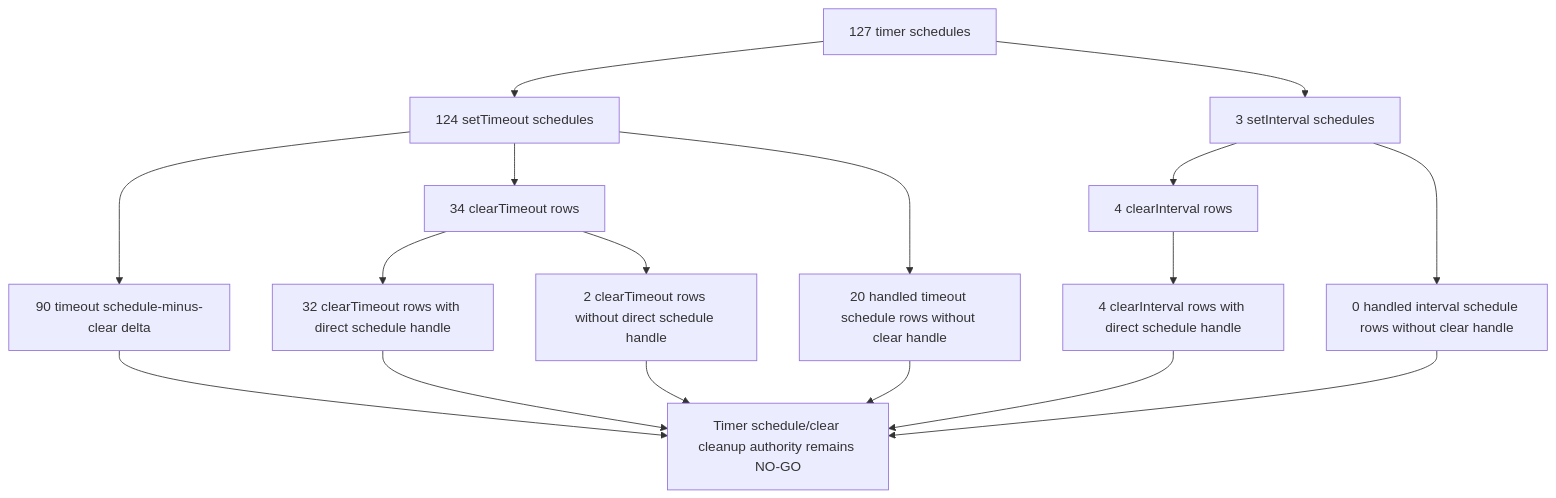
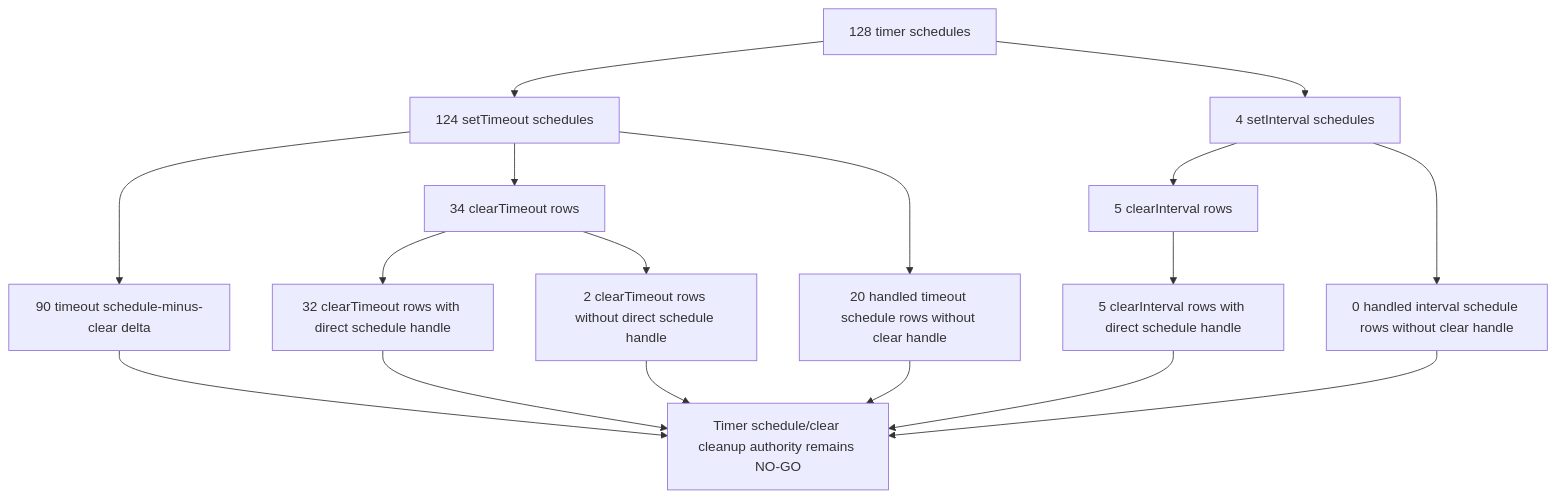
One commit to varshneydevansh/FilterTube changed diagram 19 of 47 in docs/audit/FILTERTUBE_LIFECYCLE_INSTANCE_REGISTER_2026-05-18.md. Above: the diagram before and after it, drawn with Mermaid. The commit also changed other lines of this file and 711 other files, not shown here.

````diff
--- a/docs/audit/FILTERTUBE_LIFECYCLE_INSTANCE_REGISTER_2026-05-18.md
+++ b/docs/audit/FILTERTUBE_LIFECYCLE_INSTANCE_REGISTER_2026-05-18.md
@@ -1738,19 +1738,19 @@
 ```mermaid
 flowchart TD
-  A["127 timer schedules"] --> B["124 setTimeout schedules"]
-  A --> C["3 setInterval schedules"]
+  A["128 timer schedules"] --> B["124 setTimeout schedules"]
+  A --> C["4 setInterval schedules"]
   B --> D["34 clearTimeout rows"]
   B --> E["90 timeout schedule-minus-clear delta"]
   D --> F["32 clearTimeout rows with direct schedule handle"]
   D --> G["2 clearTimeout rows without direct schedule handle"]
   B --> H["20 handled timeout schedule rows without clear handle"]
-  C --> I["4 clearInterval rows"]
-  I --> J["4 clearInterval rows with direct schedule handle"]
+  C --> I["5 clearInterval rows"]
+  I --> J["5 clearInterval rows with direct schedule handle"]
   C --> K["0 handled interval schedule rows without clear handle"]
   E --> L["Timer schedule/clear cleanup authority remains NO-GO"]
   F --> L
   G --> L
   H --> L
   J --> L
   K --> L
 ```
````
